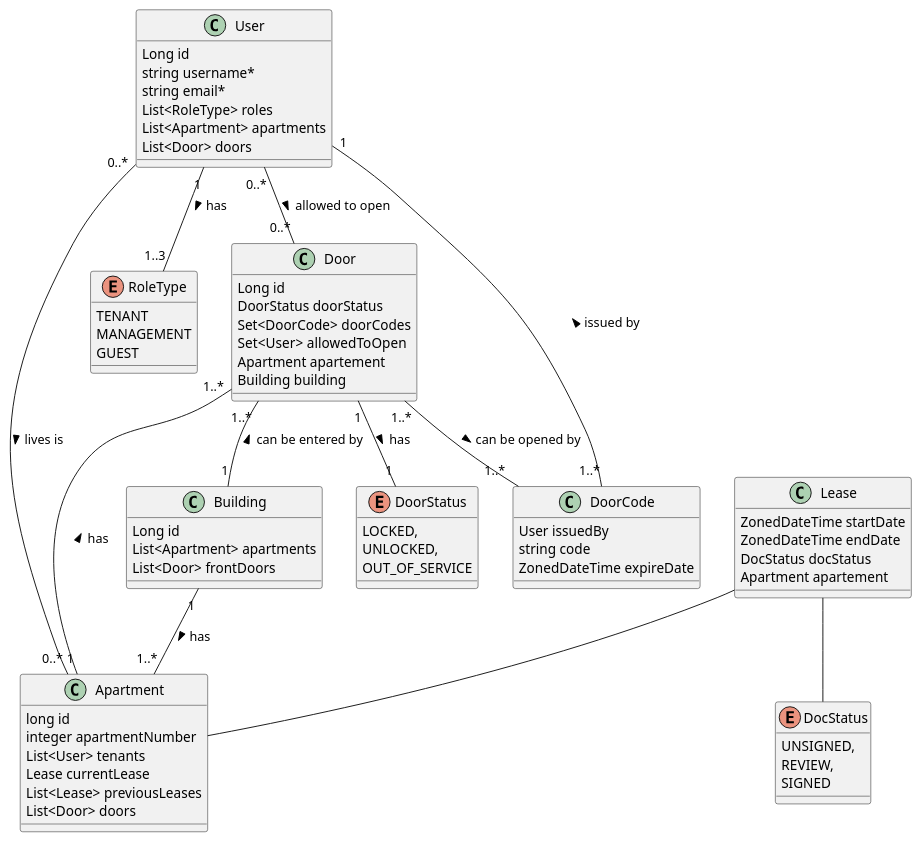
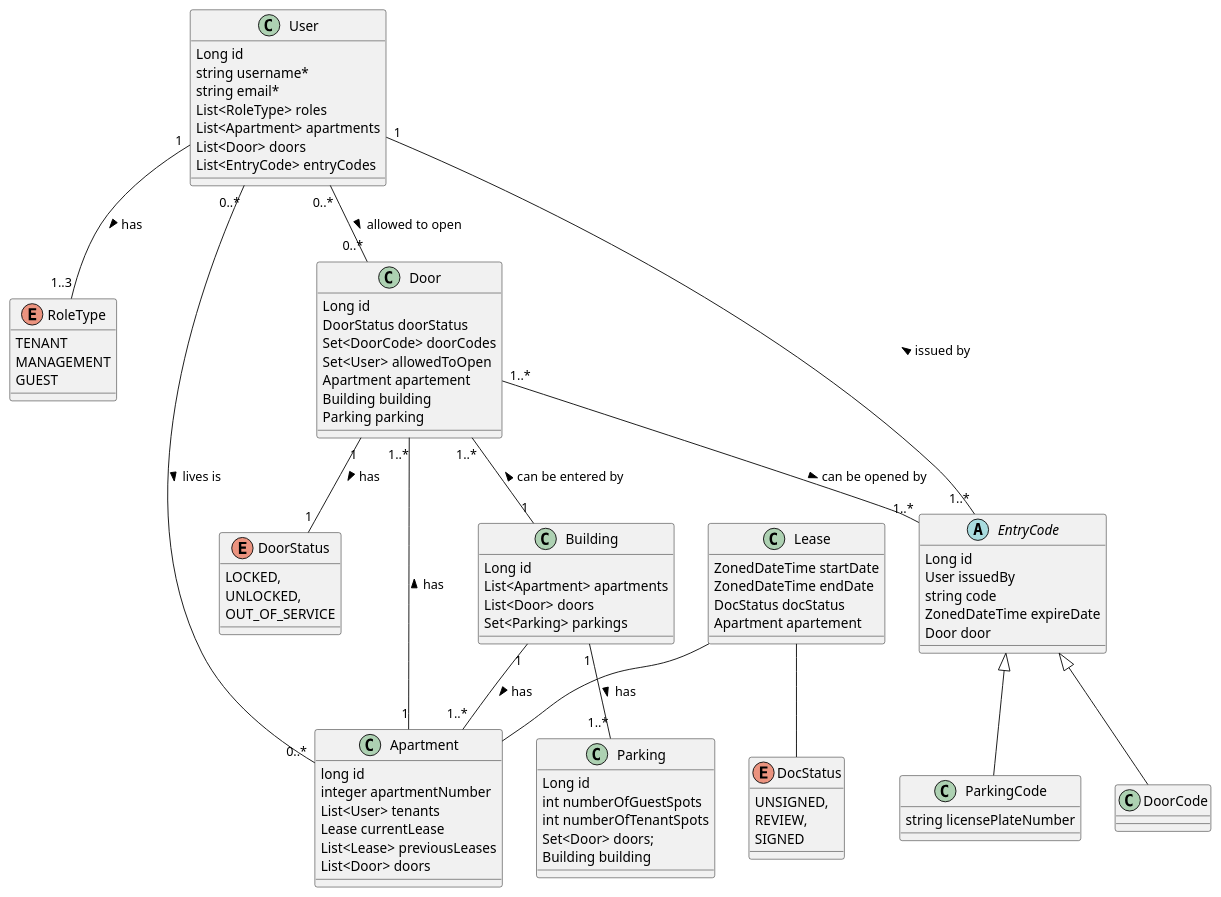
Before and after one commit to seancampbell3161/DSD-app: the diagram in super_backend/model.puml, drawn with PlantUML.

Commit message:
refactor: changed the ERD to new situation with Parking code

```diff
--- a/super_backend/model.puml
+++ b/super_backend/model.puml
@@ -1,85 +1,107 @@
 @startuml
 class User{
 Long id
 string username*
 string email*
 List<RoleType> roles
 List<Apartment> apartments
 List<Door> doors
+List<EntryCode> entryCodes
+}
+
+enum RoleType{
+TENANT
+MANAGEMENT
+GUEST
 }
 
 class Apartment {
 long id
 integer apartmentNumber
 List<User> tenants
 Lease currentLease
 List<Lease> previousLeases
 List<Door> doors
 }
 
-enum RoleType{
-TENANT
-MANAGEMENT
-GUEST
+
+
+class Building {
+Long id
+List<Apartment> apartments
+List<Door> doors
+Set<Parking> parkings
 }
 
+class Door{
+Long id
+DoorStatus doorStatus
+Set<DoorCode> doorCodes
+Set<User> allowedToOpen
+Apartment apartement
+Building building
+Parking parking
+}
 
+class Parking {
+Long id
+int numberOfGuestSpots
+int numberOfTenantSpots
+Set<Door> doors;
+Building building
+}
+
+enum DoorStatus{
+LOCKED,
+UNLOCKED,
+OUT_OF_SERVICE
+}
+
+abstract class EntryCode {
+Long id
+User issuedBy
+string code
+ZonedDateTime expireDate
+Door door
+}
+
+class DoorCode extends EntryCode {
+}
+
+class ParkingCode extends EntryCode {
+string licensePlateNumber
+}
 
 class Lease {
 ZonedDateTime startDate
 ZonedDateTime endDate
 DocStatus docStatus
 Apartment apartement
 }
 
 enum DocStatus {
 UNSIGNED,
 REVIEW,
 SIGNED
 }
 
-class Building {
-Long id
-List<Apartment> apartments
-List<Door> frontDoors
-}
-
-class Door{
-Long id
-DoorStatus doorStatus
-Set<DoorCode> doorCodes
-Set<User> allowedToOpen
-Apartment apartement
-Building building
-}
-
-enum DoorStatus{
-LOCKED,
-UNLOCKED,
-OUT_OF_SERVICE
-}
-
-class DoorCode {
-User issuedBy
-string code
-ZonedDateTime expireDate
-}
-
 
 
 User "1" -- "1..3" RoleType : > has
 Lease -- DocStatus
 Lease -- Apartment
 User "0..*" -- "0..*" Apartment : > lives is
 Building "1" -- "1..*" Apartment : > has
 Door "1..*" -- "1" Building : < can be entered by
 Door "1..*" -- "1" Apartment: < has
 Door "1" -- "1" DoorStatus : > has
-Door "1..*" -- "1..*" DoorCode : > can be opened by
-DoorCode "1..*" -- "1" User :  > issued by
+Door "1..*" -- "1..*" EntryCode : > can be opened by
+EntryCode "1..*" -- "1" User :  > issued by
 User "0..*" -- "0..*" Door : > allowed to open
+Building "1" -- "1..*" Parking : > has
+
 
 
 
 
 @enduml
```
